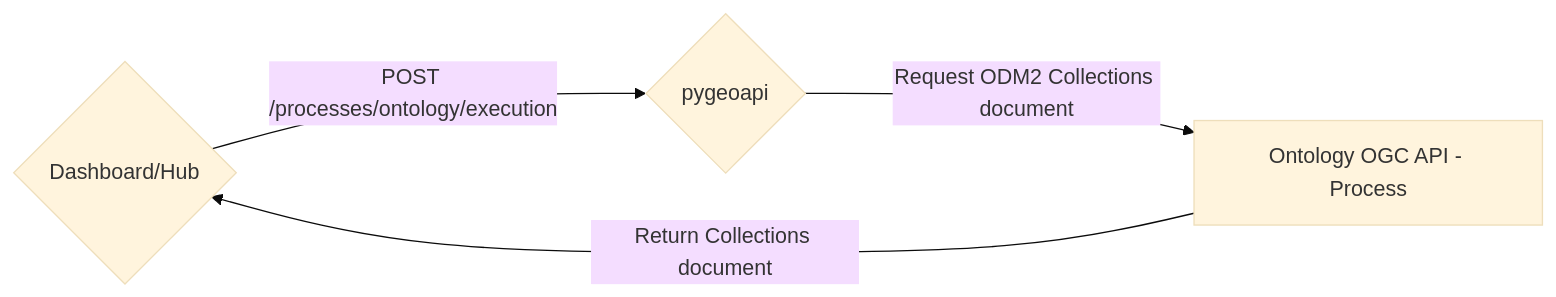
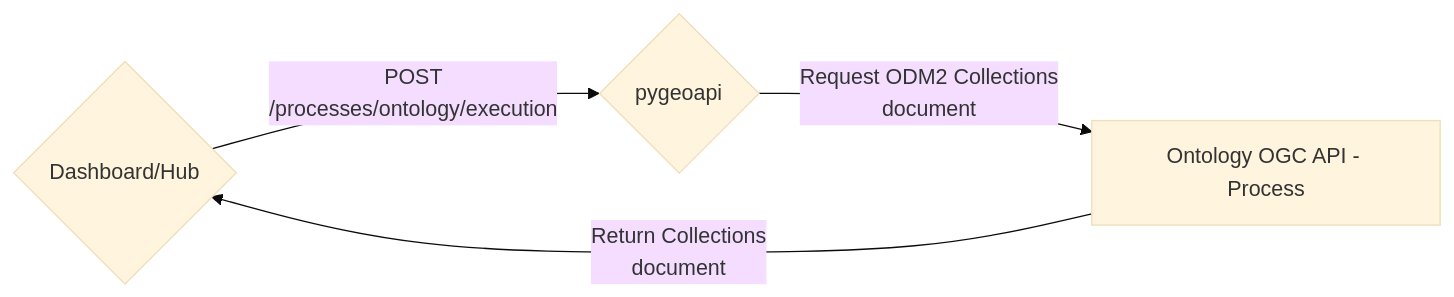
The first of 4 diagrams in docs/ontology.md (internetofwater/Western-Water-Datahub), drawn with Mermaid (base theme) before and after one commit. The commit also changed other lines of this file, not shown here.

Commit message:
Fix formatting and add more detail to flowchart

````diff
--- a/docs/ontology.md
+++ b/docs/ontology.md
@@ -18,8 +18,8 @@
 ```mermaid
 flowchart LR
     I{Dashboard/Hub}
     P{pygeoapi}
     A[Ontology OGC API - Process]
 
-    I -- POST /processes/ontology/execution --> P -- Request ODM2 Collections document --> A -- Return Collections document --> I
+    I -- POST<br>/processes/ontology/execution --> P -- Request ODM2 Collections<br>document --> A -- Return Collections<br>document --> I
 ```
````
